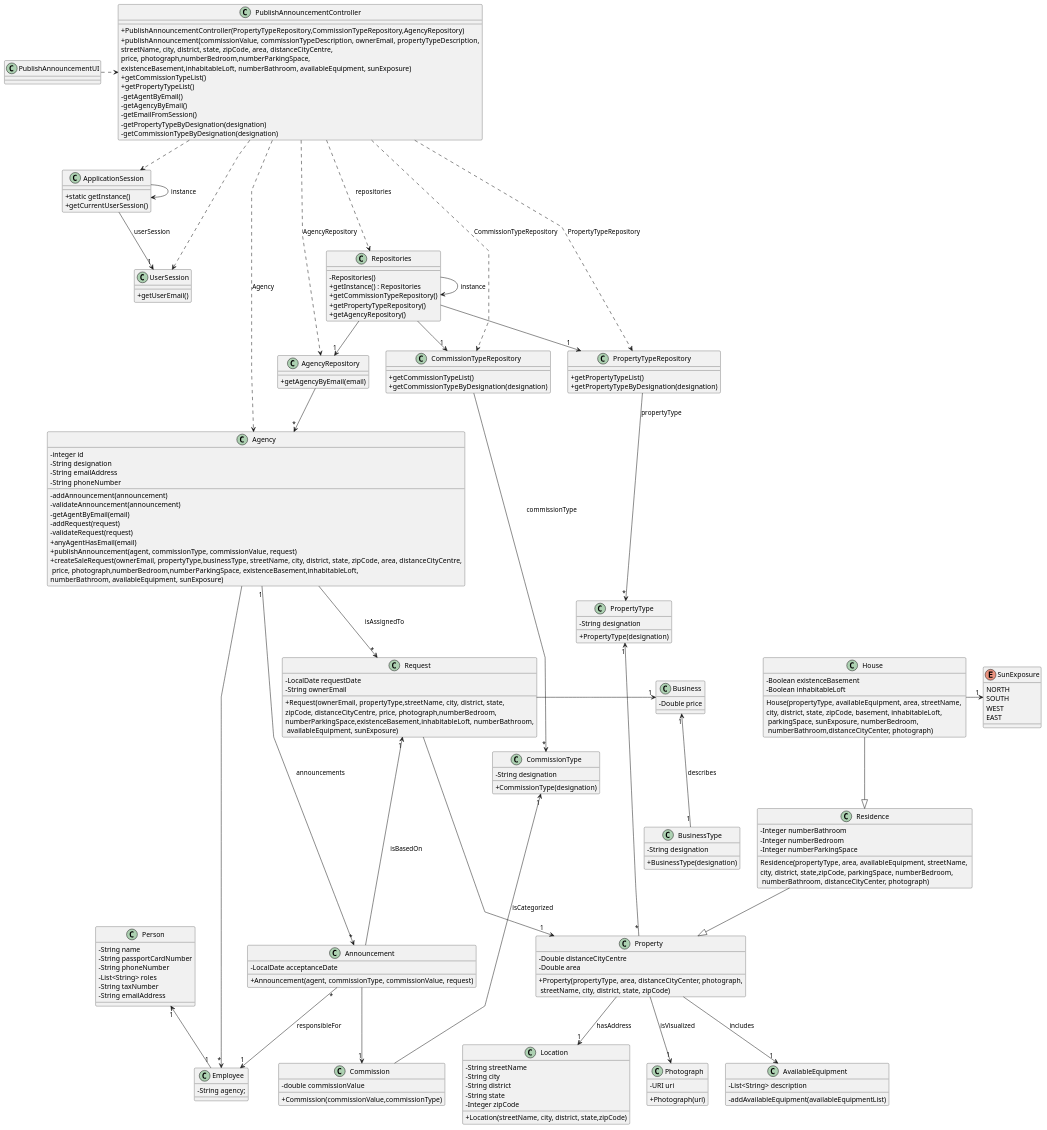
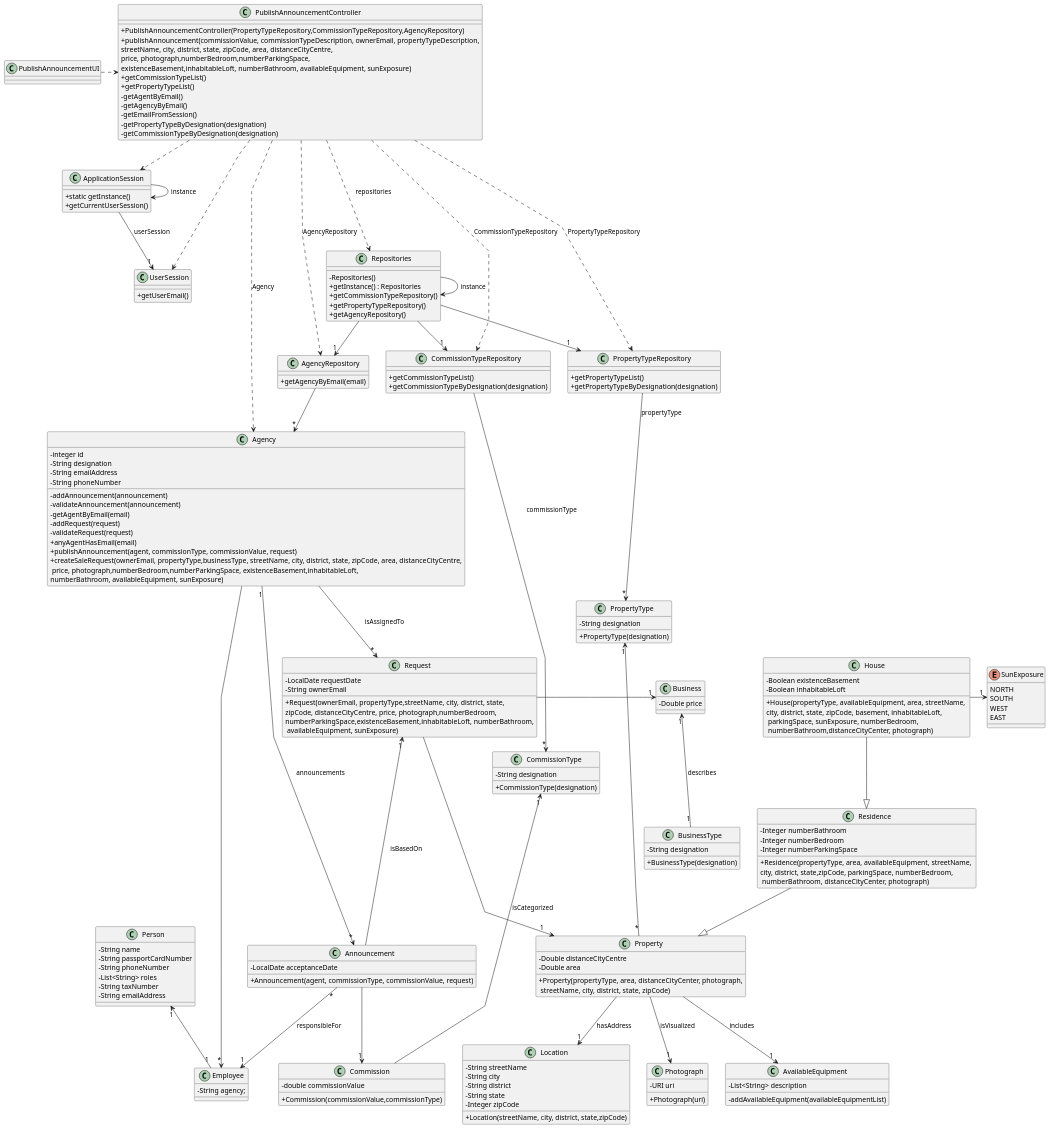
One commit to rita-barbosa/LAPR2-2223 changed the diagram in docs/sprintB/us002/03.design/puml/us002-class-diagram.puml. Above: the diagram before and after it, drawn with PlantUML. The commit also changed 2 other files, not shown here.

Commit message:
Update of class diagram [US002][Design][correcting methods access modifier]

```diff
--- a/docs/sprintB/us002/03.design/puml/us002-class-diagram.puml
+++ b/docs/sprintB/us002/03.design/puml/us002-class-diagram.puml
@@ -146,13 +146,13 @@
     - Integer numberBathroom
     - Integer numberBedroom
     - Integer numberParkingSpace
-    Residence(propertyType, area, availableEquipment, streetName, \ncity, district, state,zipCode, parkingSpace, numberBedroom,\n numberBathroom, distanceCityCenter, photograph)
+    + Residence(propertyType, area, availableEquipment, streetName, \ncity, district, state,zipCode, parkingSpace, numberBedroom,\n numberBathroom, distanceCityCenter, photograph)
 }
 class House
 {
     - Boolean existenceBasement
     - Boolean inhabitableLoft
-    House(propertyType, availableEquipment, area, streetName, \ncity, district, state, zipCode, basement, inhabitableLoft,\n parkingSpace, sunExposure, numberBedroom,\n numberBathroom,distanceCityCenter, photograph)
+    + House(propertyType, availableEquipment, area, streetName, \ncity, district, state, zipCode, basement, inhabitableLoft,\n parkingSpace, sunExposure, numberBedroom,\n numberBathroom,distanceCityCenter, photograph)
 }
 enum SunExposure
 {
```
